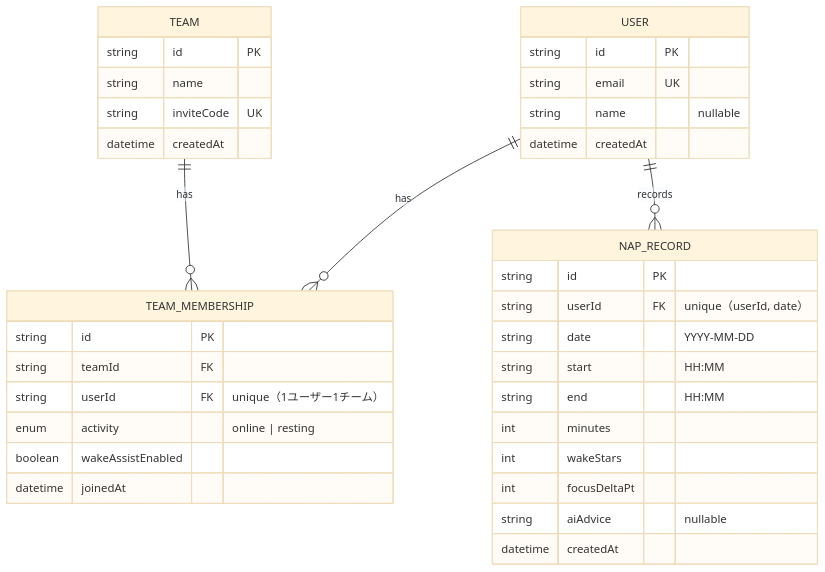
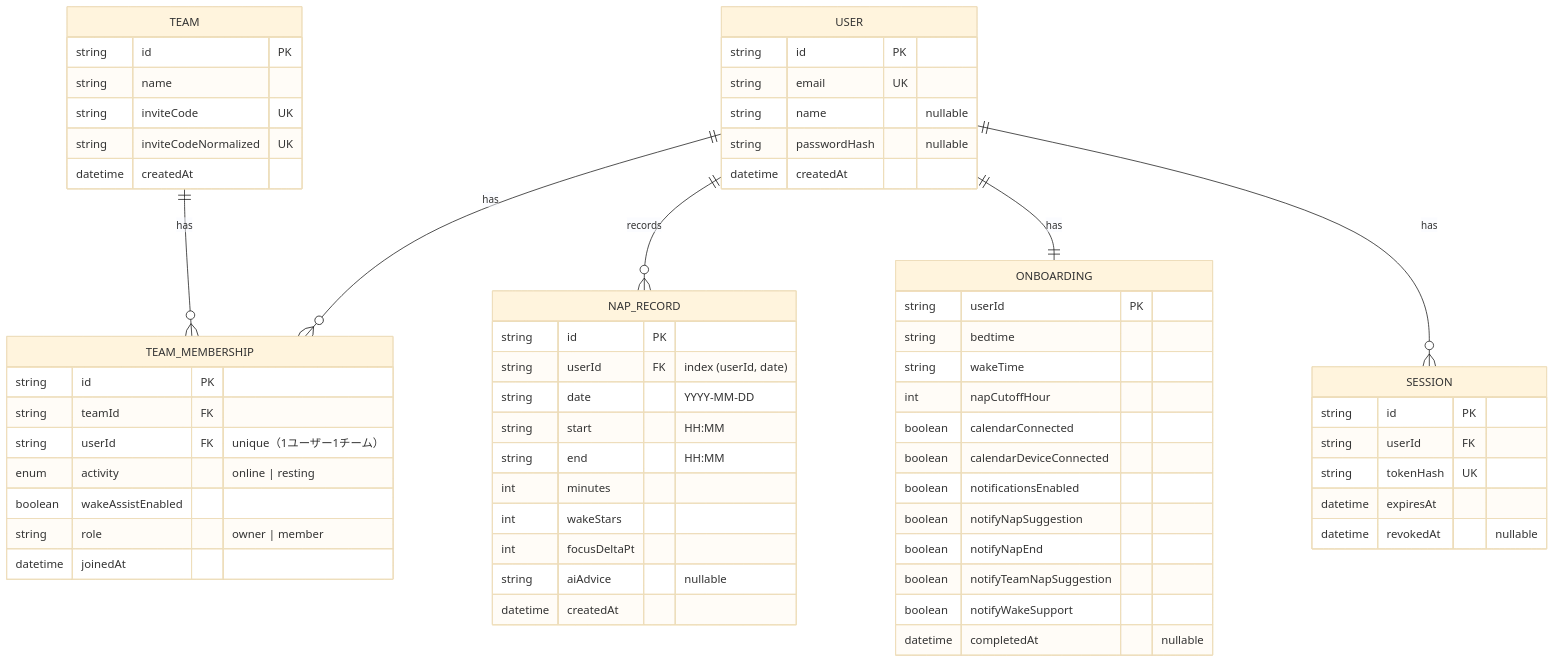
The first of 2 diagrams in docs/db.md (YAMI-SOTE/team-nap-app), drawn with Mermaid (base theme) before and after one commit. The commit also changed other lines of this file and 4 other files, not shown here.

````diff
--- a/docs/db.md
+++ b/docs/db.md
@@ -110,43 +110,71 @@
 ```mermaid
 erDiagram
 
     USER ||--o{ TEAM_MEMBERSHIP : has
     TEAM ||--o{ TEAM_MEMBERSHIP : has
     USER ||--o{ NAP_RECORD : records
+    USER ||--|| ONBOARDING : has
+    USER ||--o{ SESSION : has
 
     USER {
         string id PK
         string email UK
         string name "nullable"
+        string passwordHash "nullable"
         datetime createdAt
     }
 
     TEAM {
         string id PK
         string name
         string inviteCode UK
+        string inviteCodeNormalized UK
         datetime createdAt
     }
 
     TEAM_MEMBERSHIP {
         string id PK
         string teamId FK
         string userId FK "unique（1ユーザー1チーム）"
         enum   activity "online | resting"
         boolean wakeAssistEnabled
+        string role "owner | member"
         datetime joinedAt
+    }
+
+    ONBOARDING {
+        string userId PK
+        string bedtime
+        string wakeTime
+        int napCutoffHour
+        boolean calendarConnected
+        boolean calendarDeviceConnected
+        boolean notificationsEnabled
+        boolean notifyNapSuggestion
+        boolean notifyNapEnd
+        boolean notifyTeamNapSuggestion
+        boolean notifyWakeSupport
+        datetime completedAt "nullable"
     }
 
     NAP_RECORD {
         string id PK
-        string userId FK "unique（userId, date）"
+        string userId FK "index (userId, date)"
         string date "YYYY-MM-DD"
         string start "HH:MM"
         string end "HH:MM"
         int minutes
         int wakeStars
         int focusDeltaPt
         string aiAdvice "nullable"
         datetime createdAt
     }
+
+    SESSION {
+        string id PK
+        string userId FK
+        string tokenHash UK
+        datetime expiresAt
+        datetime revokedAt "nullable"
+    }
 ```
````
